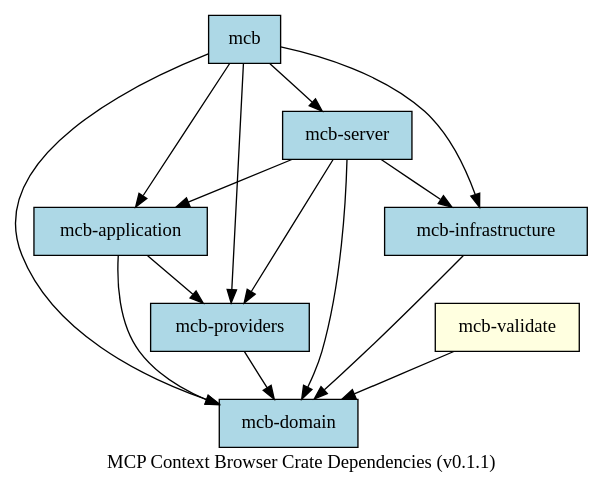
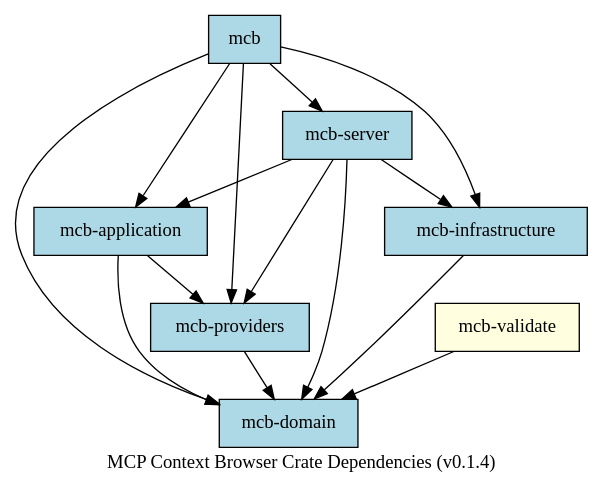
The diagram in docs/modules/dependencies.md (marlonsc/mcb), drawn with Graphviz before and after one commit. The commit also changed other lines of this file and 12 other files, not shown here.

````diff
--- a/docs/modules/dependencies.md
+++ b/docs/modules/dependencies.md
@@ -7,29 +7,29 @@
 ```dot
 digraph {
     rankdir=TB;
     node [shape=box, style=filled, fillcolor=lightblue];
 
     "mcb" -> "mcb-server";
     "mcb" -> "mcb-application";
     "mcb" -> "mcb-domain";
     "mcb" -> "mcb-infrastructure";
     "mcb" -> "mcb-providers";
 
     "mcb-server" -> "mcb-application";
     "mcb-server" -> "mcb-domain";
     "mcb-server" -> "mcb-infrastructure";
     "mcb-server" -> "mcb-providers";
 
     "mcb-application" -> "mcb-domain";
     "mcb-application" -> "mcb-providers";
 
     "mcb-infrastructure" -> "mcb-domain";
 
     "mcb-providers" -> "mcb-domain";
 
     "mcb-validate" [fillcolor=lightyellow];
     "mcb-validate" -> "mcb-domain";
 
-    label="MCP Context Browser Crate Dependencies (v0.1.1)";
+    label="MCP Context Browser Crate Dependencies (v0.1.4)";
 }
 ```
````
